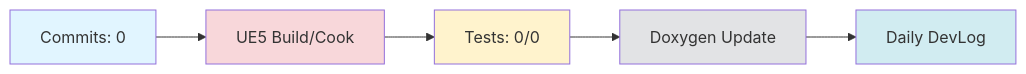
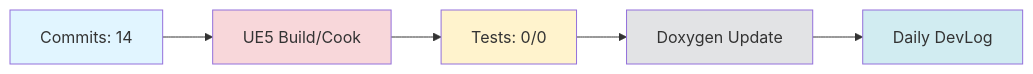
One commit to doppleddiggong/Onepiece changed the diagram in Documents/DevLog/Daily/2025-11-15.md. Above: the diagram before and after it, drawn with Mermaid. The commit also changed other lines of this file and 2 other files, not shown here.

````diff
--- a/Documents/DevLog/Daily/2025-11-15.md
+++ b/Documents/DevLog/Daily/2025-11-15.md
@@ -101,13 +107,13 @@
 ```mermaid
 flowchart LR
-  Dev[Commits: 0] --> Build[UE5 Build/Cook]
+  Dev[Commits: 14] --> Build[UE5 Build/Cook]
   Build --> Test[Tests: 0/0]
   Test --> Doc[Doxygen Update]
   Doc --> Daily[Daily DevLog]
 
   style Dev fill:#e1f5ff
   style Build fill:#f8d7da
   style Test fill:#fff3cd
   style Doc fill:#e2e3e5
   style Daily fill:#d1ecf1
 ```
````
